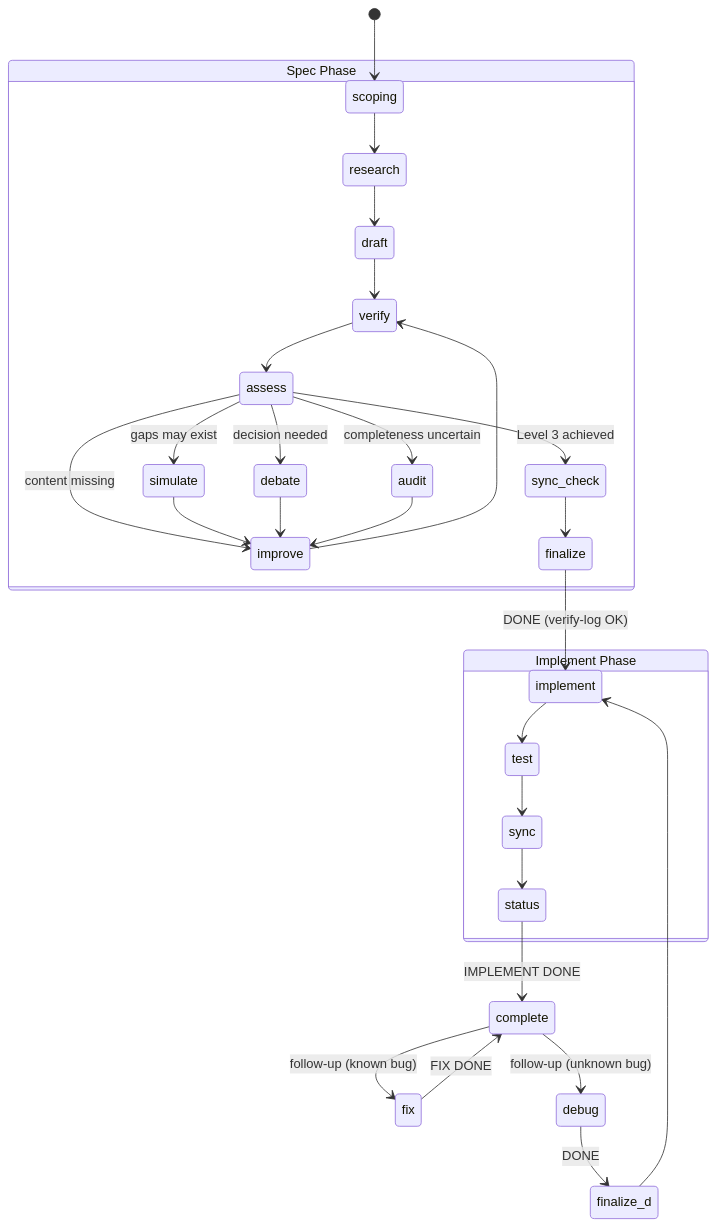
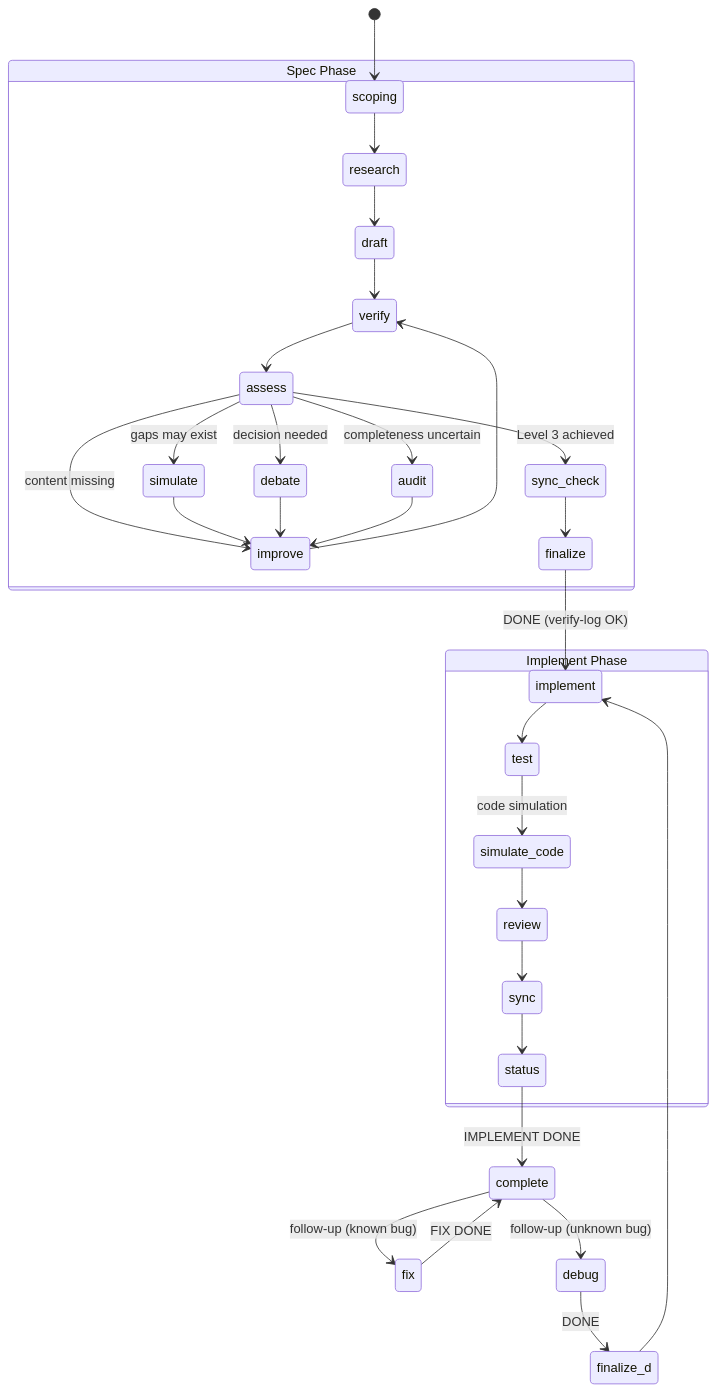
Before and after one commit to imtemp-dev/claude-forge: the sixth of 8 diagrams in README.md, drawn with Mermaid. The commit also changed other lines of this file and 3 other files, not shown here.

First line of the commit message:
Sync READMEs with vision/roadmap, review step, and CLI updates

````diff
--- a/README.md
+++ b/README.md
@@ -171,38 +169,40 @@
 ```mermaid
 stateDiagram-v2
     [*] --> scoping
 
     state "Spec Phase" as spec {
         scoping --> research
         research --> draft
         draft --> verify
         verify --> assess
         assess --> improve : content missing
         assess --> simulate : gaps may exist
         assess --> debate : decision needed
         assess --> audit : completeness uncertain
         assess --> sync_check : Level 3 achieved
         improve --> verify
         simulate --> improve
         debate --> improve
         audit --> improve
         sync_check --> finalize
     }
 
     finalize --> implement : DONE (verify-log OK)
 
     state "Implement Phase" as impl {
         implement --> test
-        test --> sync
+        test --> simulate_code : code simulation
+        simulate_code --> review
+        review --> sync
         sync --> status
     }
 
     status --> complete : IMPLEMENT DONE
 
     complete --> fix : follow-up (known bug)
     complete --> debug : follow-up (unknown bug)
 
     fix --> complete : FIX DONE
     debug --> finalize_d : DONE
     finalize_d --> implement
 ```
````
